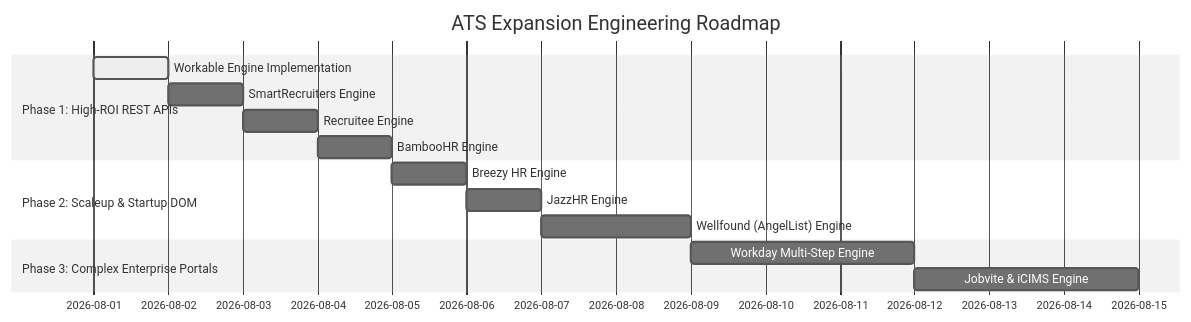
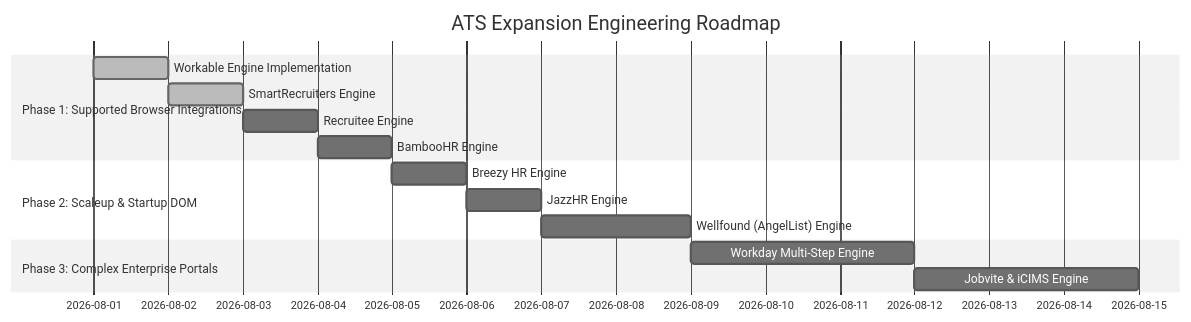
Before and after one commit to beastofbayarea/Job-App-Automation: the third of 3 diagrams in docs/ATS_AUTOMATION_FEASIBILITY_AND_RICE.md, drawn with Mermaid (neutral theme). The commit also changed other lines of this file and 1 other file, not shown here.

First line of the commit message:
docs(architecture): document refactored workflow boundaries

````diff
--- a/docs/ATS_AUTOMATION_FEASIBILITY_AND_RICE.md
+++ b/docs/ATS_AUTOMATION_FEASIBILITY_AND_RICE.md
@@ -294,17 +308,17 @@
 ```mermaid
 gantt
     title ATS Expansion Engineering Roadmap
     dateFormat  YYYY-MM-DD
-    section Phase 1: High-ROI REST APIs
-    Workable Engine Implementation     :active, p1, 2026-08-01, 1d
-    SmartRecruiters Engine             :p2, after p1, 1d
+    section Phase 1: Supported Browser Integrations
+    Workable Engine Implementation     :done, p1, 2026-08-01, 1d
+    SmartRecruiters Engine             :done, p2, after p1, 1d
     Recruitee Engine                   :p3, after p2, 1d
     BambooHR Engine                    :p4, after p3, 1d
     section Phase 2: Scaleup & Startup DOM
     Breezy HR Engine                   :p5, after p4, 1d
     JazzHR Engine                      :p6, after p5, 1d
     Wellfound (AngelList) Engine       :p7, after p6, 2d
     section Phase 3: Complex Enterprise Portals
     Workday Multi-Step Engine          :p8, after p7, 3d
     Jobvite & iCIMS Engine             :p9, after p8, 3d
 ```
````
